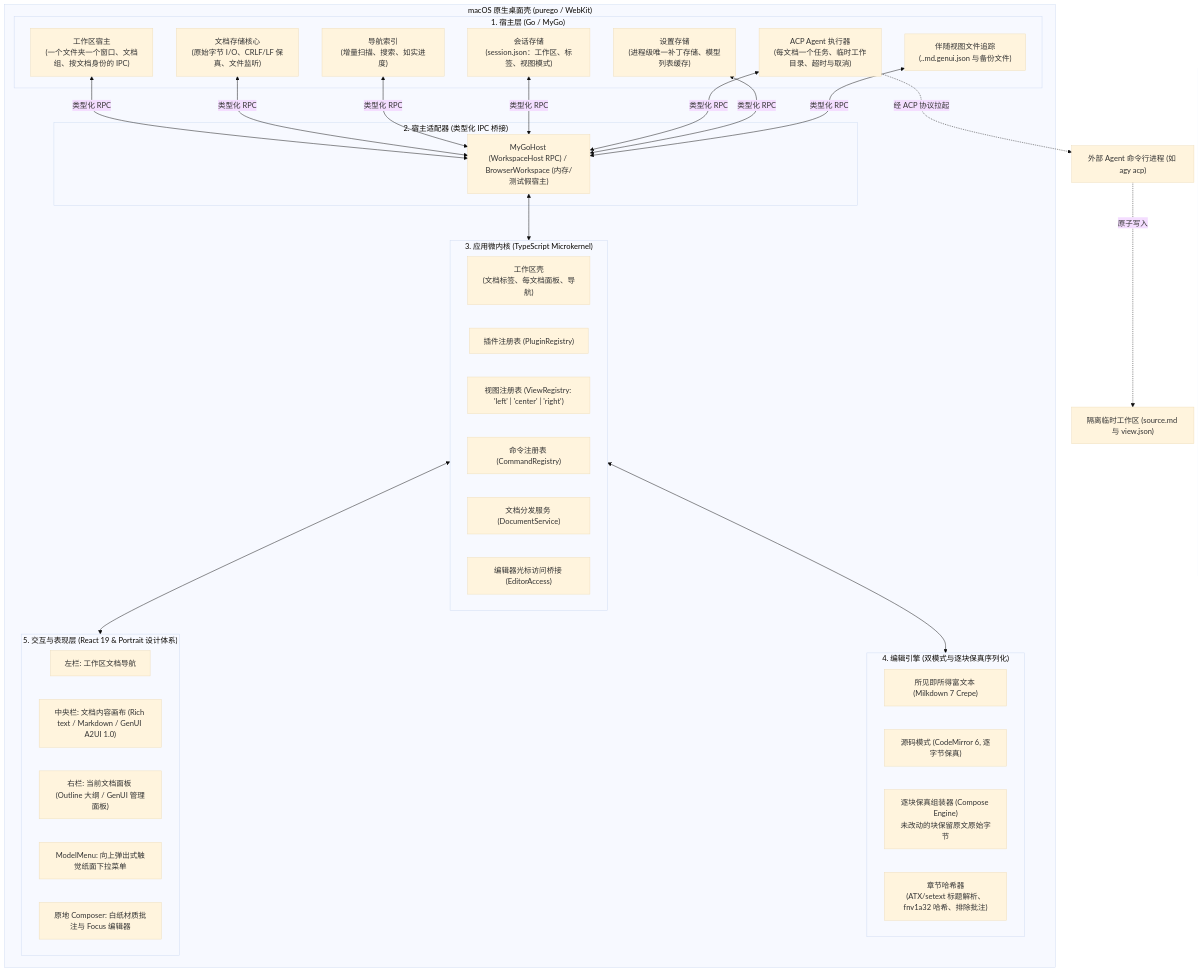
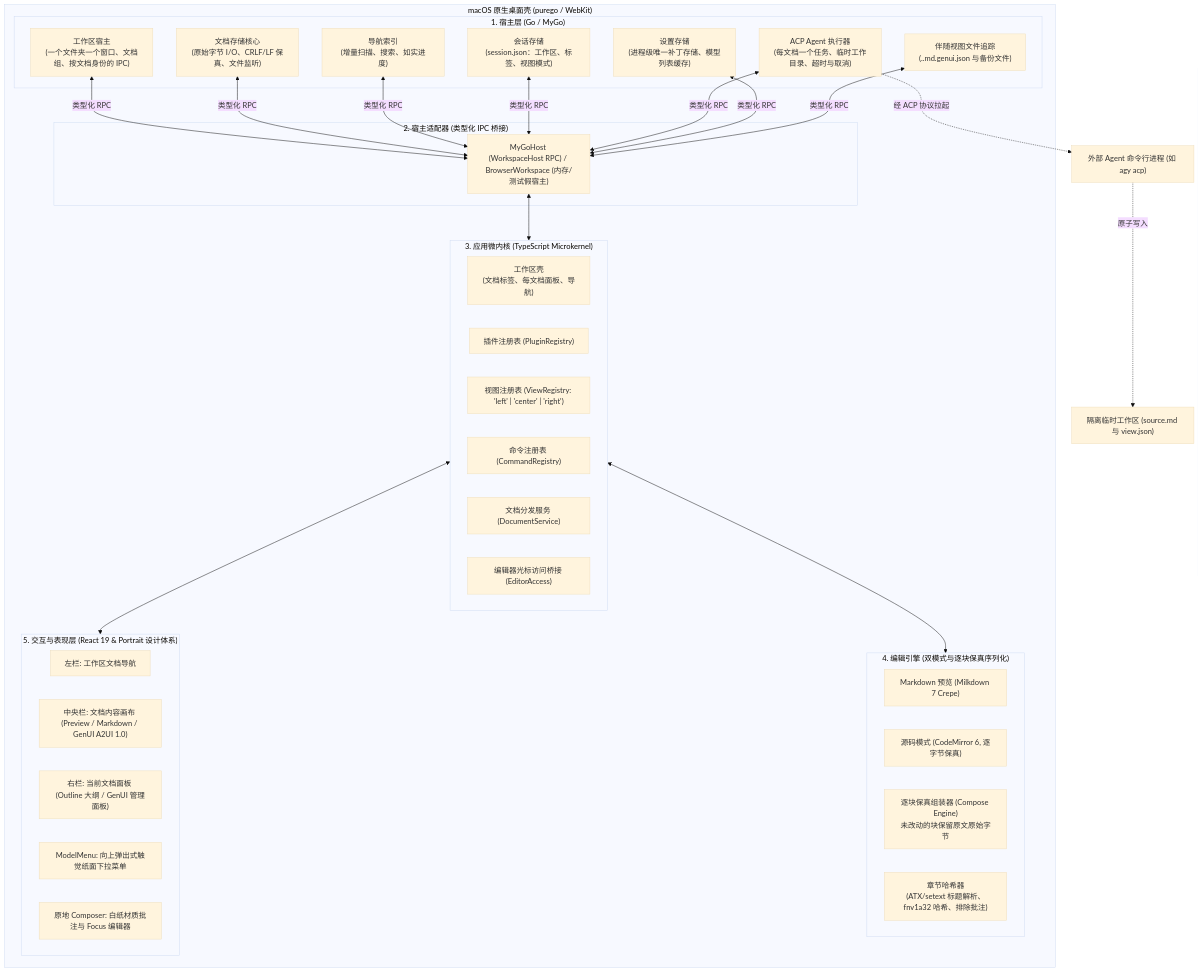
Before and after one commit to Bayern99/mark-go-go: the second of 2 diagrams in ARCHITECTURE.md, drawn with Mermaid (base theme). The commit also changed other lines of this file and 47 other files, not shown here.

Commit message:
Rename the editable view to Markdown Preview

````diff
--- a/ARCHITECTURE.md
+++ b/ARCHITECTURE.md
@@ -150,57 +150,57 @@
 ```mermaid
 graph TD
     subgraph macOS桌面宿主 ["macOS 原生桌面壳 (purego / WebKit)"]
         subgraph Go宿主层 ["1. 宿主层 (Go / MyGo)"]
             Workspaces["工作区宿主<br/>(一个文件夹一个窗口、文档组、按文档身份的 IPC)"]
             DocStore["文档存储核心<br/>(原始字节 I/O、CRLF/LF 保真、文件监听)"]
             NavIndex["导航索引<br/>(增量扫描、搜索、如实进度)"]
             SessionStore["会话存储<br/>(session.json：工作区、标签、视图模式)"]
             AgentRunner["ACP Agent 执行器<br/>(每文档一个任务、临时工作目录、超时与取消)"]
             SettingsStore["设置存储<br/>(进程级唯一补丁存储、模型列表缓存)"]
             ViewTracker["伴随视图文件追踪<br/>(.<doc>.md.genui.json 与备份文件)"]
         end
 
         subgraph IPC层 ["2. 宿主适配器 (类型化 IPC 桥接)"]
             MyGoHost["MyGoHost (WorkspaceHost RPC) / BrowserWorkspace (内存/测试假宿主)"]
         end
 
         subgraph 核心层 ["3. 应用微内核 (TypeScript Microkernel)"]
             Shell["工作区壳<br/>(文档标签、每文档面板、导航)"]
             PluginReg["插件注册表 (PluginRegistry)"]
             ViewReg["视图注册表 (ViewRegistry: 'left' | 'center' | 'right')"]
             CmdReg["命令注册表 (CommandRegistry)"]
             DocSvc["文档分发服务 (DocumentService)"]
             EditorAccess["编辑器光标访问桥接 (EditorAccess)"]
         end
 
         subgraph 编辑引擎层 ["4. 编辑引擎 (双模式与逐块保真序列化)"]
-            WYSIWYG["所见即所得富文本 (Milkdown 7 Crepe)"]
+            Preview["Markdown 预览 (Milkdown 7 Crepe)"]
             Source["源码模式 (CodeMirror 6, 逐字节保真)"]
             Compose["逐块保真组装器 (Compose Engine)<br/>未改动的块保留原文原始字节"]
             SectionHash["章节哈希器<br/>(ATX/setext 标题解析、fnv1a32 哈希、排除批注)"]
         end
 
         subgraph 视图与UI层 ["5. 交互与表现层 (React 19 & Portrait 设计体系)"]
             LeftCol["左栏: 工作区文档导航"]
-            CenterCol["中央栏: 文档内容画布 (Rich text / Markdown / GenUI A2UI 1.0)"]
+            CenterCol["中央栏: 文档内容画布 (Preview / Markdown / GenUI A2UI 1.0)"]
             RightCol["右栏: 当前文档面板 (Outline 大纲 / GenUI 管理面板)"]
             ModelMenu["ModelMenu: 向上弹出式触觉纸面下拉菜单"]
             Composer["原地 Composer: 白纸材质批注与 Focus 编辑器"]
         end
     end
 
     Workspaces <-->|类型化 RPC| MyGoHost
     DocStore <-->|类型化 RPC| MyGoHost
     NavIndex <-->|类型化 RPC| MyGoHost
     SessionStore <-->|类型化 RPC| MyGoHost
     AgentRunner <-->|类型化 RPC| MyGoHost
     SettingsStore <-->|类型化 RPC| MyGoHost
     ViewTracker <-->|类型化 RPC| MyGoHost
 
     MyGoHost <--> 核心层
     核心层 <--> 编辑引擎层
     核心层 <--> 视图与UI层
 
     AgentRunner -.->|经 ACP 协议拉起| ExternalAgent["外部 Agent 命令行进程 (如 agy acp)"]
     ExternalAgent -.->|原子写入| IsolatedWorkspace["隔离临时工作区 (source.md 与 view.json)"]
 ```
````
